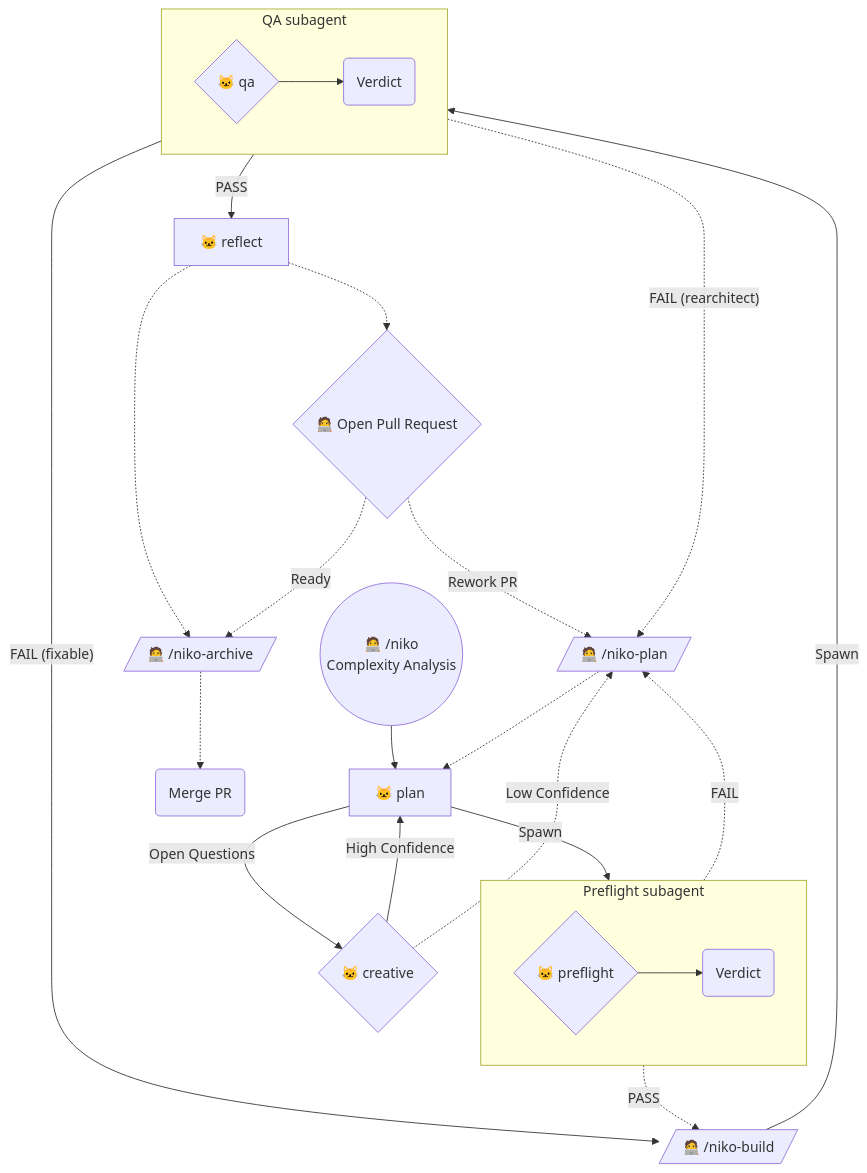
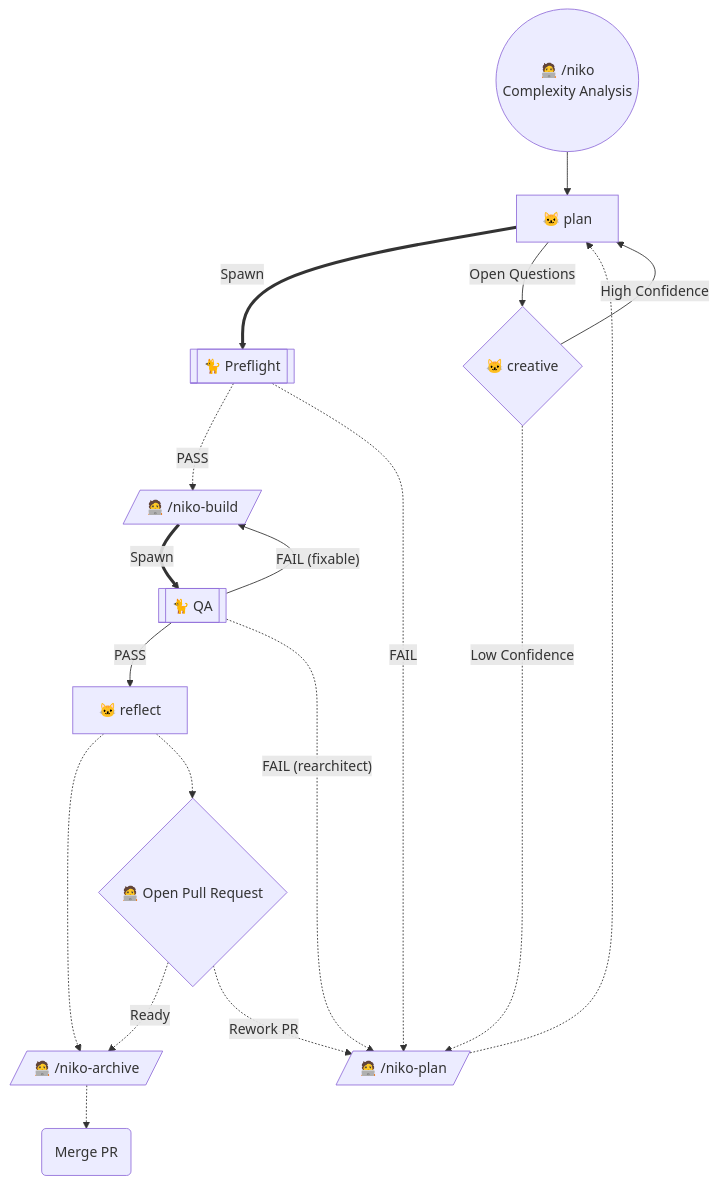
The fifth of 6 diagrams in rulesets/niko/README.md (Texarkanine/.cursor-rules), drawn with Mermaid before and after one commit. The commit also changed other lines of this file and 21 other files, not shown here.

Commit message:
fix(niko): readable Spawn charts via Mermaid subprocess encoding (#109)

````diff
--- a/rulesets/niko/README.md
+++ b/rulesets/niko/README.md
@@ -231,36 +203,28 @@
 ```mermaid
 graph TD
 	Start(("🧑‍💻 /niko<br>Complexity Analysis")) --> NikoPlan["🐱 plan"]
-	NikoPlan --Spawn--> NikoPreflight
-	subgraph PreflightSubagent["Preflight subagent"]
-		direction LR
-		NikoPreflight{"🐱 preflight"} --> PreflightVerdict("Verdict")
-	end
-	PreflightVerdict -.->|"PASS"| ManualBuild[/"🧑‍💻 /niko-build"/]
-	PreflightVerdict -.->|"FAIL"| ManualPlan[/"🧑‍💻 /niko-plan"/]
+	NikoPlan ==Spawn==> NikoPreflight[["🐈 Preflight"]]
+	NikoPreflight -.->|"PASS"| ManualBuild[/"🧑‍💻 /niko-build"/]
+	NikoPreflight -.->|"FAIL"| ManualPlan[/"🧑‍💻 /niko-plan"/]
 
 	NikoPlan -->|"Open Questions"| NikoCreative{"🐱 creative"}
 	NikoCreative -->|"High Confidence"| NikoPlan
 	NikoCreative -.->|"Low Confidence"| ManualPlan[/"🧑‍💻 /niko-plan"/]
 
-	ManualBuild --Spawn--> NikoQA
-	subgraph QASubagent["QA subagent"]
-		direction LR
-		NikoQA{"🐱 qa"} --> QAVerdict("Verdict")
-	end
-	QAVerdict -->|"PASS"| NikoReflect["🐱 reflect"]
+	ManualBuild ==Spawn==> NikoQA[["🐈 QA"]]
+	NikoQA -->|"PASS"| NikoReflect["🐱 reflect"]
 	NikoReflect -.-> ManualArchive[/"🧑‍💻 /niko-archive"/]
-	QAVerdict -->|"FAIL (fixable)"| ManualBuild
-	QAVerdict -.->|"FAIL (rearchitect)"| ManualPlan
+	NikoQA -->|"FAIL (fixable)"| ManualBuild
+	NikoQA -.->|"FAIL (rearchitect)"| ManualPlan
 
 	ManualPlan -.-> NikoPlan
 
 	PR{"🧑‍💻 Open Pull Request"}
 
 	NikoReflect -.-> PR
 
 	PR -."Ready".-> ManualArchive
 	PR -."Rework PR".-> ManualPlan
 
 	ManualArchive -.-> MergePR("Merge PR")
 ```
````
